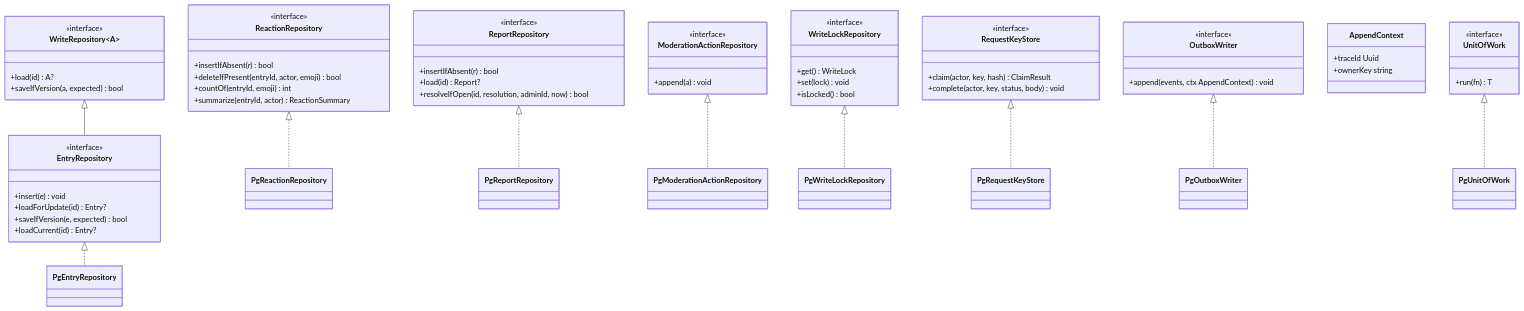
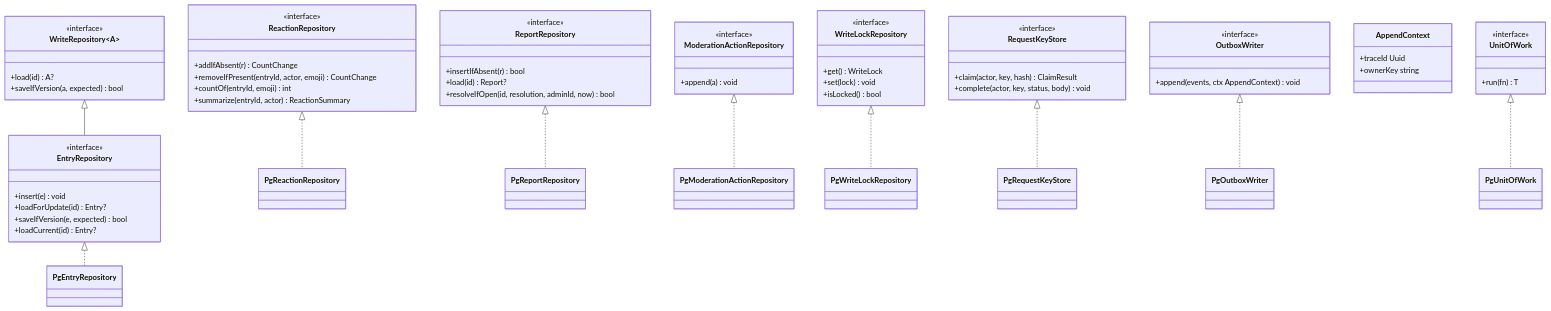
The fifth of 43 diagrams in docs/design/features/11-guestbook-write.md (1985jwlee/portpolio_backend), drawn with Mermaid before and after one commit. The commit also changed other lines of this file and 23 other files, not shown here.

````diff
--- a/docs/design/features/11-guestbook-write.md
+++ b/docs/design/features/11-guestbook-write.md
@@ -378,72 +378,72 @@
 ```mermaid
 classDiagram
     class WriteRepository~A~ {
         <<interface>>
         +load(id) A?
         +saveIfVersion(a, expected) bool
     }
     class EntryRepository {
         <<interface>>
         +insert(e) void
         +loadForUpdate(id) Entry?
         +saveIfVersion(e, expected) bool
         +loadCurrent(id) Entry?
     }
     class ReactionRepository {
         <<interface>>
-        +insertIfAbsent(r) bool
-        +deleteIfPresent(entryId, actor, emoji) bool
+        +addIfAbsent(r) CountChange
+        +removeIfPresent(entryId, actor, emoji) CountChange
         +countOf(entryId, emoji) int
         +summarize(entryId, actor) ReactionSummary
     }
     class ReportRepository {
         <<interface>>
         +insertIfAbsent(r) bool
         +load(id) Report?
         +resolveIfOpen(id, resolution, adminId, now) bool
     }
     class ModerationActionRepository {
         <<interface>>
         +append(a) void
     }
     class WriteLockRepository {
         <<interface>>
         +get() WriteLock
         +set(lock) void
         +isLocked() bool
     }
     class RequestKeyStore {
         <<interface>>
         +claim(actor, key, hash) ClaimResult
         +complete(actor, key, status, body) void
     }
     class OutboxWriter {
         <<interface>>
         +append(events, ctx AppendContext) void
     }
     class AppendContext {
         +traceId Uuid
         +ownerKey string
     }
     class UnitOfWork {
         <<interface>>
         +run(fn) T
     }
     WriteRepository <|-- EntryRepository
     class PgEntryRepository
     class PgReactionRepository
     class PgReportRepository
     class PgModerationActionRepository
     class PgWriteLockRepository
     class PgRequestKeyStore
     class PgOutboxWriter
     class PgUnitOfWork
     EntryRepository <|.. PgEntryRepository
     ReactionRepository <|.. PgReactionRepository
     ReportRepository <|.. PgReportRepository
     ModerationActionRepository <|.. PgModerationActionRepository
     WriteLockRepository <|.. PgWriteLockRepository
     RequestKeyStore <|.. PgRequestKeyStore
     OutboxWriter <|.. PgOutboxWriter
     UnitOfWork <|.. PgUnitOfWork
 ```
````
